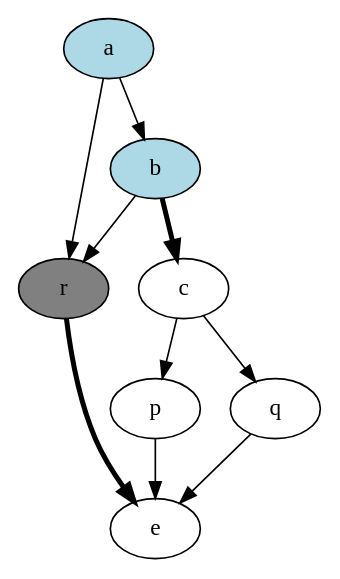
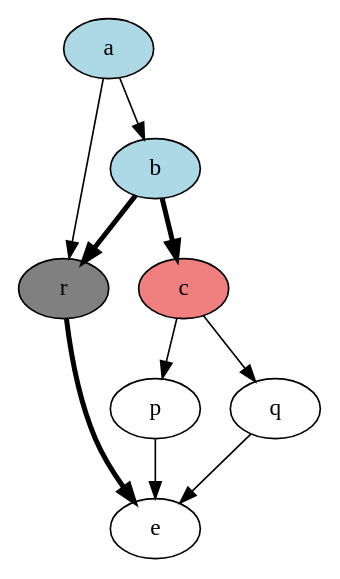
Before and after one commit to jokva/talks: the diagram in theory-makes-beautiful-programs/fig6-5.dot, drawn with Graphviz. The commit also changed 4 other files, not shown here.

```diff
--- a/theory-makes-beautiful-programs/fig6-5.dot
+++ b/theory-makes-beautiful-programs/fig6-5.dot
@@ -1,16 +1,18 @@
 digraph {
     a [style = filled, fillcolor = lightblue];
     b [style = filled, fillcolor = lightblue];
 
     r [style = filled, fillcolor = gray];
 
+    c [style = filled, fillcolor = lightcoral];
+
     a -> b [];
     a -> r [];
     b -> c [penwidth = 3];
-    b -> r [];
+    b -> r [penwidth = 3];
     c -> p [];
     c -> q [];
     p -> e [];
     q -> e [];
     r -> e [penwidth = 3];
 }
```
